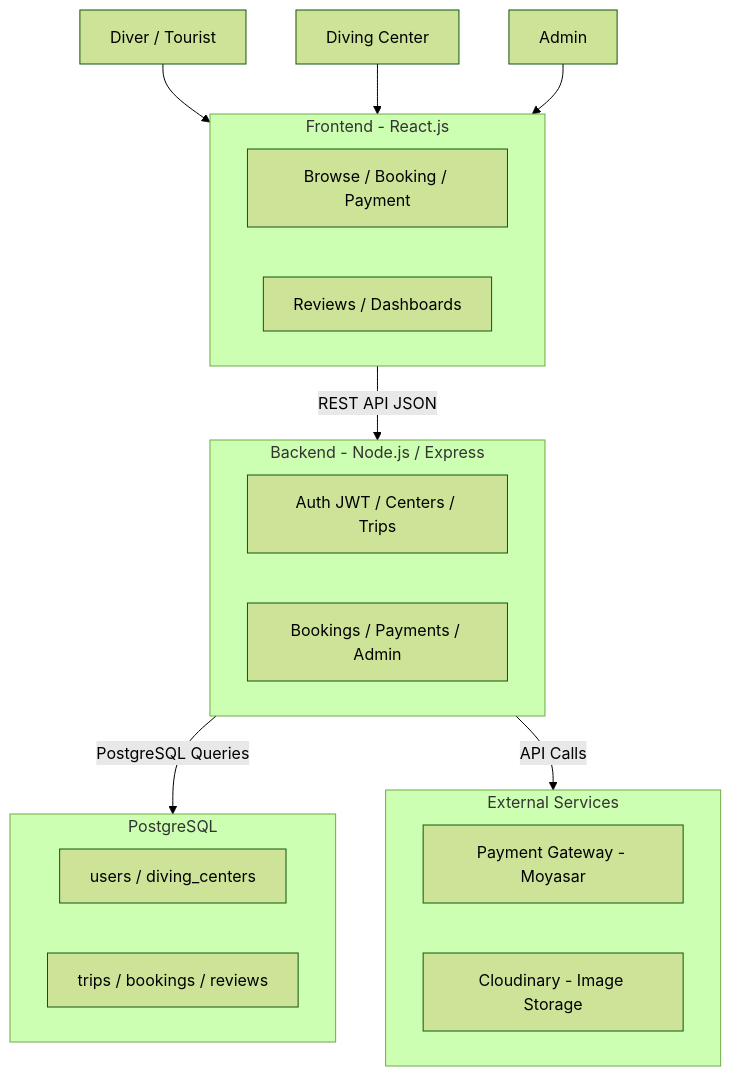
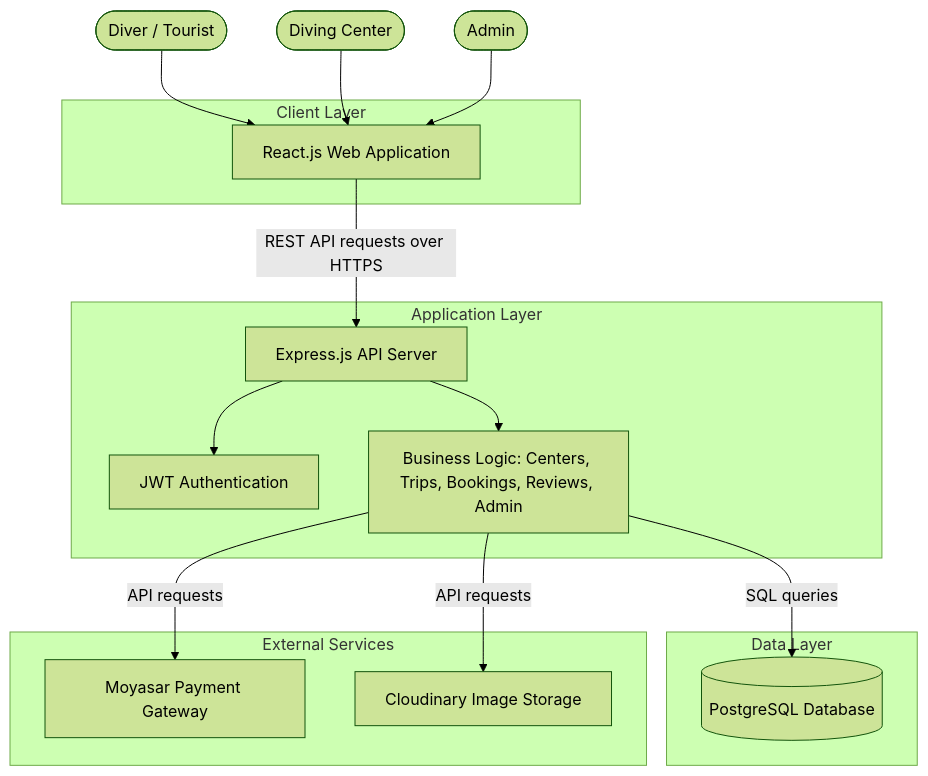
One commit to laradreamer79/Portfolio-Project changed the first of 6 diagrams in stage 3/README.md. Above: the diagram before and after it, drawn with Mermaid (forest theme).

Commit message:
Redesign architecture diagram with clearer layered structure: Client, Application, Data, and Integration layers

````diff
--- a/stage 3/README.md
+++ b/stage 3/README.md
@@ -80,35 +80,38 @@
 ```mermaid
 flowchart TB
-    actor1[Diver / Tourist]
-    actor2[Diving Center]
-    actor3[Admin]
+    Diver([Diver / Tourist])
+    Center([Diving Center])
+    Admin([Admin])
 
-    actor1 --> Frontend
-    actor2 --> Frontend
-    actor3 --> Frontend
+    Diver --> WebApp
+    Center --> WebApp
+    Admin --> WebApp
 
-    subgraph Frontend [Frontend - React.js]
-        F1[Browse / Booking / Payment]
-        F2[Reviews / Dashboards]
+    subgraph Client["Client Layer"]
+        WebApp[React.js Web Application]
     end
 
-    Frontend -- REST API JSON --> Backend
+    WebApp -->|REST API requests over HTTPS| API
 
-    subgraph Backend [Backend - Node.js / Express]
-        B1[Auth JWT / Centers / Trips]
-        B2[Bookings / Payments / Admin]
+    subgraph Server["Application Layer"]
+        API[Express.js API Server]
+        Auth[JWT Authentication]
+        BL["Business Logic: Centers, Trips, Bookings, Reviews, Admin"]
+
+        API --> Auth
+        API --> BL
     end
 
-    Backend -- PostgreSQL Queries --> Database
-    Backend -- API Calls --> External
+    BL -->|SQL queries| DB
+    BL -->|API requests| Payment
+    BL -->|API requests| Media
 
-    subgraph Database [PostgreSQL]
-        D1[users / diving_centers]
-        D2[trips / bookings / reviews]
+    subgraph Persistence["Data Layer"]
+        DB[(PostgreSQL Database)]
     end
 
-    subgraph External [External Services]
-        E1[Payment Gateway - Moyasar]
-        E2[Cloudinary - Image Storage]
+    subgraph Integrations["External Services"]
+        Payment[Moyasar Payment Gateway]
+        Media[Cloudinary Image Storage]
     end
 ```
````
